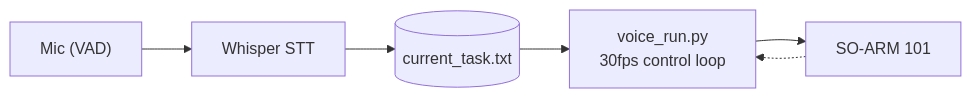
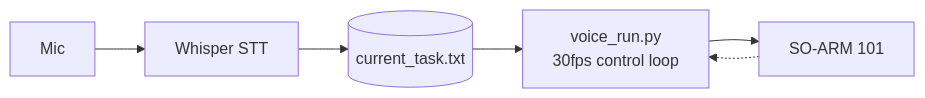
The diagram in README.md (asdqwe9501/Speech-Driven-VLA-Robotics), drawn with Mermaid before and after one commit. The commit also changed other lines of this file, not shown here.

````diff
--- a/README.md
+++ b/README.md
@@ -20,8 +20,8 @@
 ```mermaid
 flowchart LR
-    mic["Mic (VAD)"] --> stt["Whisper STT"]
+    mic["Mic"] --> stt["Whisper STT"]
     stt --> file[("current_task.txt")]
     file --> loop["voice_run.py<br/>30fps control loop"]
     loop --> robot["SO-ARM 101"]
     robot -.-> loop
 ```
````
